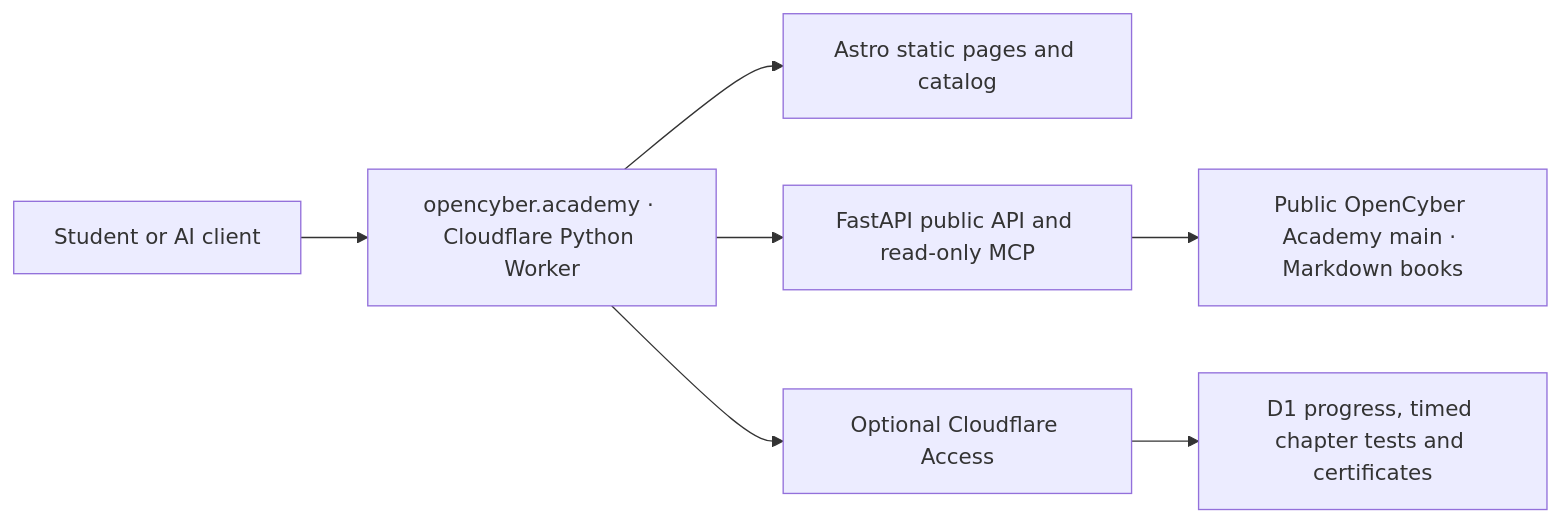
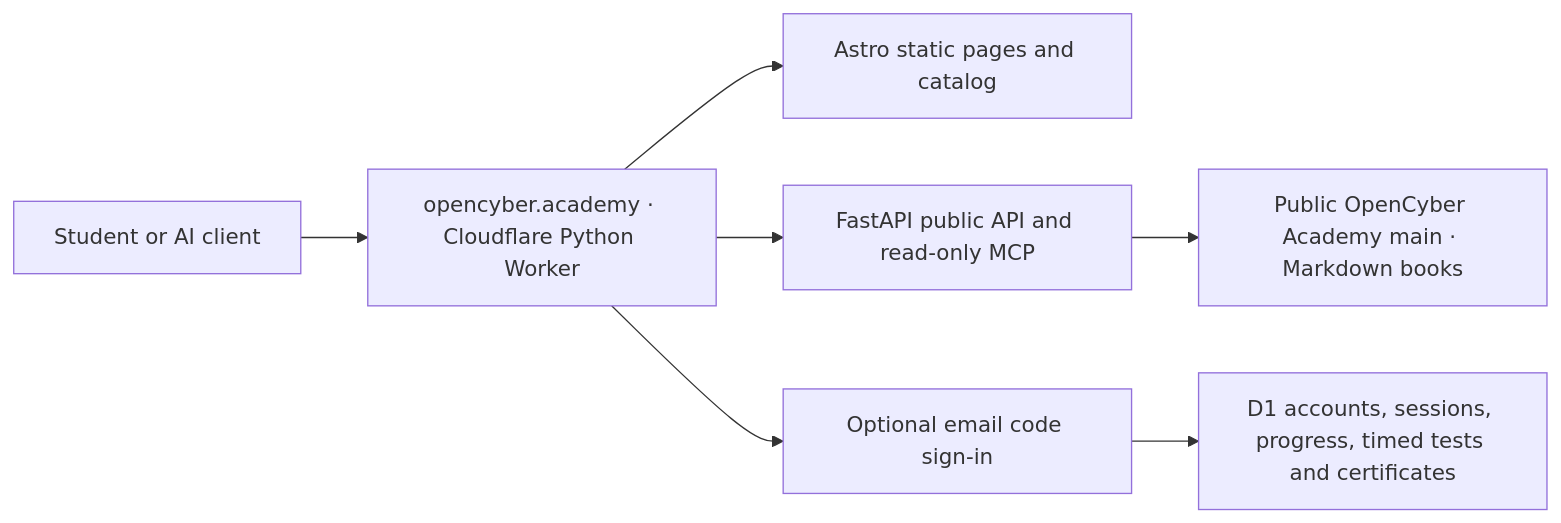
Before and after one commit to hiagokinlevi/CyKin: the diagram in web/README.md, drawn with Mermaid. The commit also changed other lines of this file and 16 other files, not shown here.

Commit message:
Add D1-backed email-code student sign-in

````diff
--- a/web/README.md
+++ b/web/README.md
@@ -7,9 +7,9 @@
 ```mermaid
 flowchart LR
     Reader[Student or AI client] --> Worker[opencyber.academy · Cloudflare Python Worker]
     Worker --> Assets[Astro static pages and catalog]
     Worker --> API[FastAPI public API and read-only MCP]
     API --> Books[Public OpenCyber Academy main · Markdown books]
-    Worker --> Access[Optional Cloudflare Access]
-    Access --> D1[D1 progress, timed chapter tests and certificates]
+    Worker --> Auth[Optional email code sign-in]
+    Auth --> D1[D1 accounts, sessions, progress, timed tests and certificates]
 ```
````
